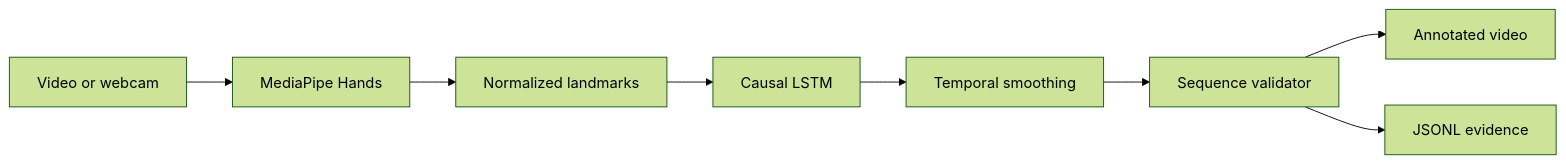
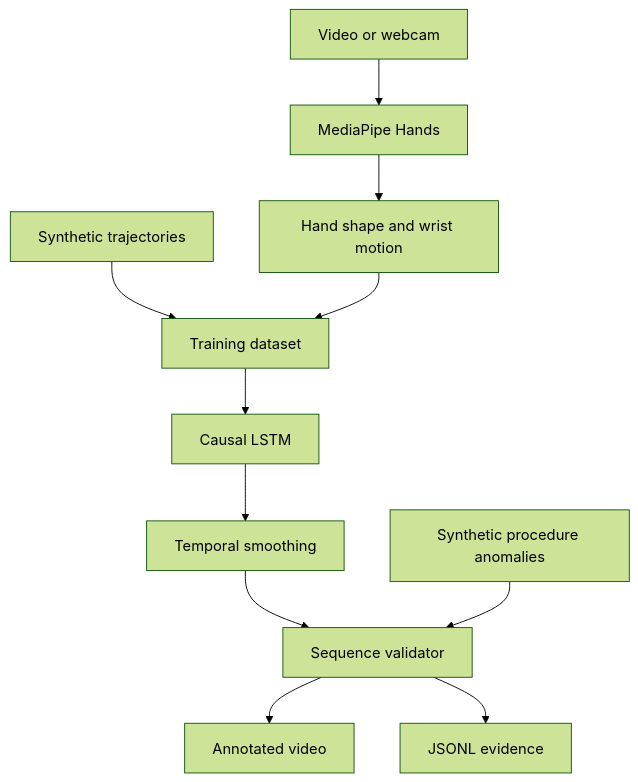
Before and after one commit to sularbmon/assembly-task-validation-poc: the diagram in README.md, drawn with Mermaid (forest theme). The commit also changed other lines of this file and 2 other files, not shown here.

Commit message:
Document and expose synthetic data pipeline

````diff
--- a/README.md
+++ b/README.md
@@ -18,10 +18,13 @@
 ```mermaid
-flowchart LR
+flowchart TD
+    S[Synthetic trajectories] --> D[Training dataset]
     A[Video or webcam] --> B[MediaPipe Hands]
-    B --> C[Normalized landmarks]
-    C --> D[Causal LSTM]
-    D --> E[Temporal smoothing]
-    E --> F[Sequence validator]
-    F --> G[Annotated video]
-    F --> H[JSONL evidence]
+    B --> C[Hand shape and wrist motion]
+    C --> D
+    D --> E[Causal LSTM]
+    E --> F[Temporal smoothing]
+    F --> G[Sequence validator]
+    P[Synthetic procedure anomalies] --> G
+    G --> H[Annotated video]
+    G --> I[JSONL evidence]
 ```
````
